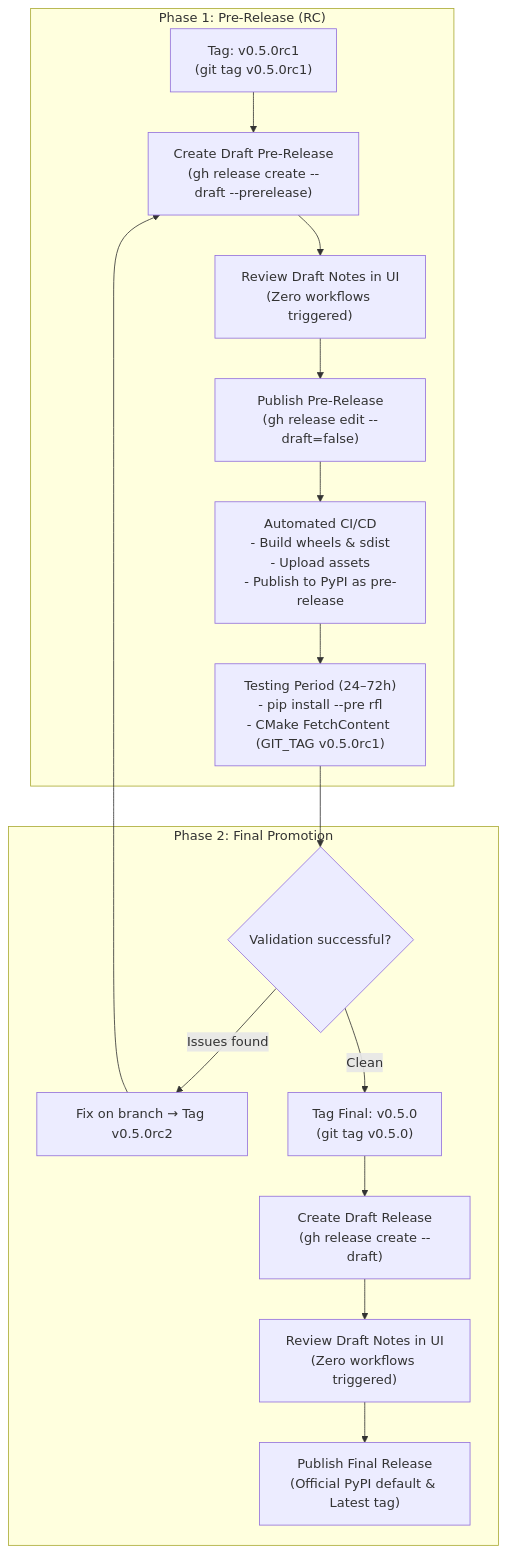
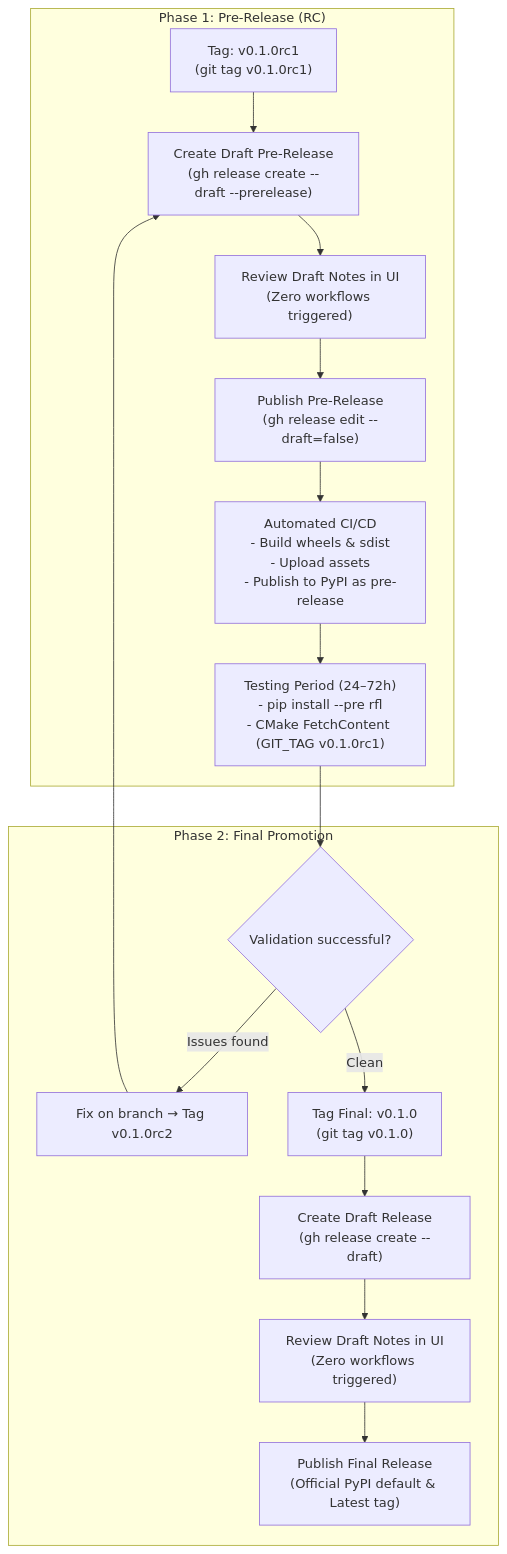
Before and after one commit to pauldruce/RFL: the first of 2 diagrams in docs/Release_Process.md, drawn with Mermaid. The commit also changed other lines of this file and 11 other files, not shown here.

````diff
--- a/docs/Release_Process.md
+++ b/docs/Release_Process.md
@@ -30,20 +30,20 @@
 ```mermaid
 flowchart TD
     subgraph "Phase 1: Pre-Release (RC)"
-        A["Tag: v0.5.0rc1\n(git tag v0.5.0rc1)"] --> B["Create Draft Pre-Release\n(gh release create --draft --prerelease)"]
+        A["Tag: v0.1.0rc1\n(git tag v0.1.0rc1)"] --> B["Create Draft Pre-Release\n(gh release create --draft --prerelease)"]
         B --> C["Review Draft Notes in UI\n(Zero workflows triggered)"]
         C --> D["Publish Pre-Release\n(gh release edit --draft=false)"]
         D --> E["Automated CI/CD\n- Build wheels & sdist\n- Upload assets\n- Publish to PyPI as pre-release"]
-        E --> F["Testing Period (24–72h)\n- pip install --pre rfl\n- CMake FetchContent (GIT_TAG v0.5.0rc1)"]
+        E --> F["Testing Period (24–72h)\n- pip install --pre rfl\n- CMake FetchContent (GIT_TAG v0.1.0rc1)"]
     end
 
     subgraph "Phase 2: Final Promotion"
         F --> G{"Validation successful?"}
-        G -- Issues found --> H["Fix on branch → Tag v0.5.0rc2"]
+        G -- Issues found --> H["Fix on branch → Tag v0.1.0rc2"]
         H --> B
-        G -- Clean --> I["Tag Final: v0.5.0\n(git tag v0.5.0)"]
+        G -- Clean --> I["Tag Final: v0.1.0\n(git tag v0.1.0)"]
         I --> J["Create Draft Release\n(gh release create --draft)"]
         J --> K["Review Draft Notes in UI\n(Zero workflows triggered)"]
         K --> L["Publish Final Release\n(Official PyPI default & Latest tag)"]
     end
 ```
````
